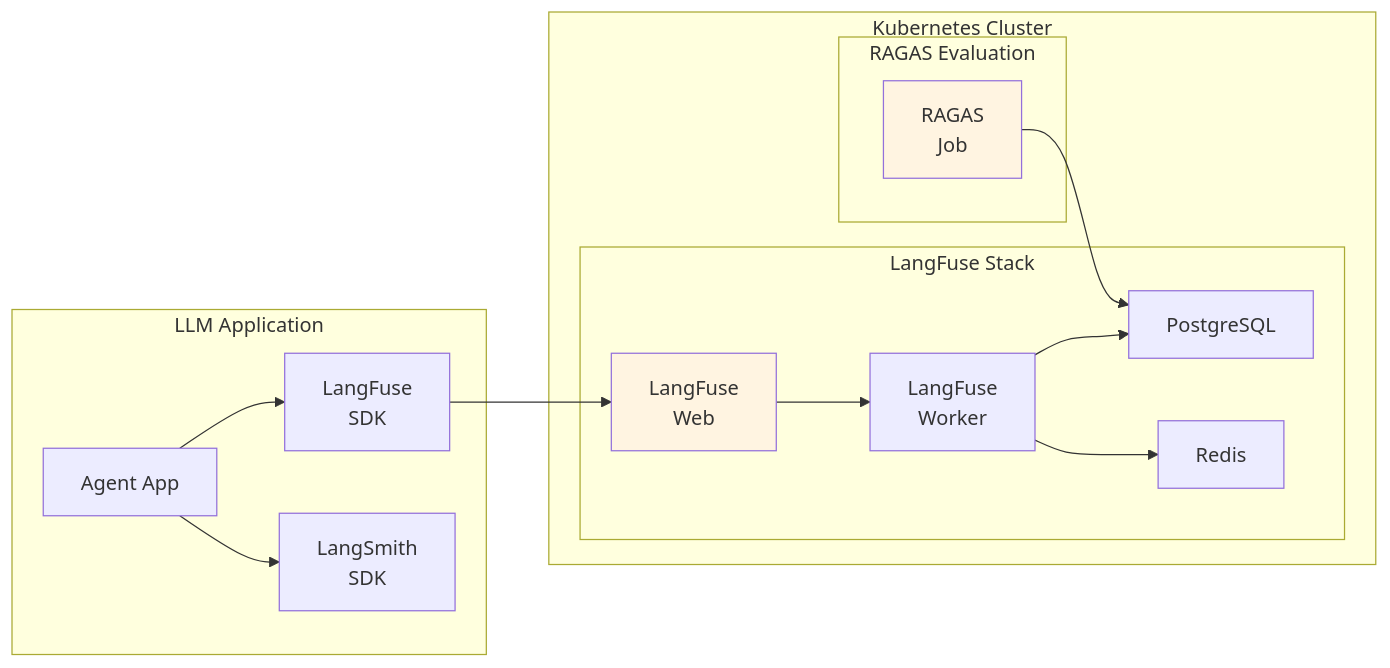
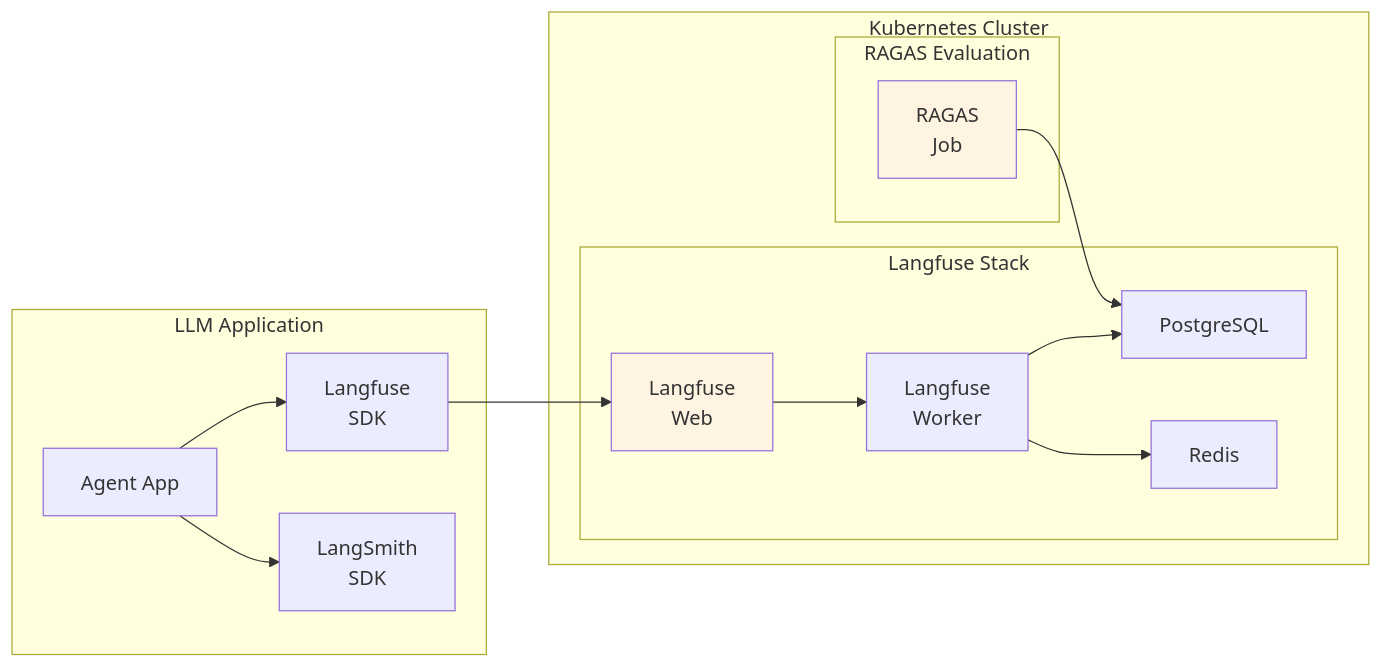
Diagram 12 of 16 in docs/agentic-ai-platform/design-architecture/agentic-ai-challenges.md (devfloor9/engineering-playbook), drawn with Mermaid before and after one commit. The commit also changed other lines of this file and 21 other files, not shown here.

````diff
--- a/docs/agentic-ai-platform/design-architecture/agentic-ai-challenges.md
+++ b/docs/agentic-ai-platform/design-architecture/agentic-ai-challenges.md
@@ -531,32 +698,32 @@
 ```mermaid
 flowchart LR
     subgraph Application["LLM Application"]
         APP["Agent App"]
-        SDK1["LangFuse<br/>SDK"]
+        SDK1["Langfuse<br/>SDK"]
         SDK2["LangSmith<br/>SDK"]
     end
 
     subgraph K8s["Kubernetes Cluster"]
-        subgraph LFStack["LangFuse Stack"]
-            LF_WEB["LangFuse<br/>Web"]
-            LF_WORKER["LangFuse<br/>Worker"]
+        subgraph LFStack["Langfuse Stack"]
+            LF_WEB["Langfuse<br/>Web"]
+            LF_WORKER["Langfuse<br/>Worker"]
             LF_DB["PostgreSQL"]
             LF_REDIS["Redis"]
         end
 
         subgraph Evaluation["RAGAS Evaluation"]
             RAGAS_JOB["RAGAS<br/>Job"]
         end
     end
 
     APP --> SDK1
     SDK1 --> LF_WEB
     APP --> SDK2
     LF_WEB --> LF_WORKER
     LF_WORKER --> LF_DB
     LF_WORKER --> LF_REDIS
     RAGAS_JOB --> LF_DB
 
     style LF_WEB fill:#fff4e1
     style RAGAS_JOB fill:#fff4e1
 ```
````
